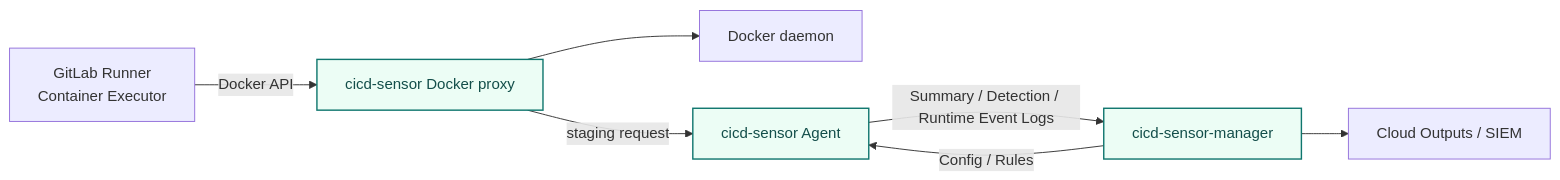
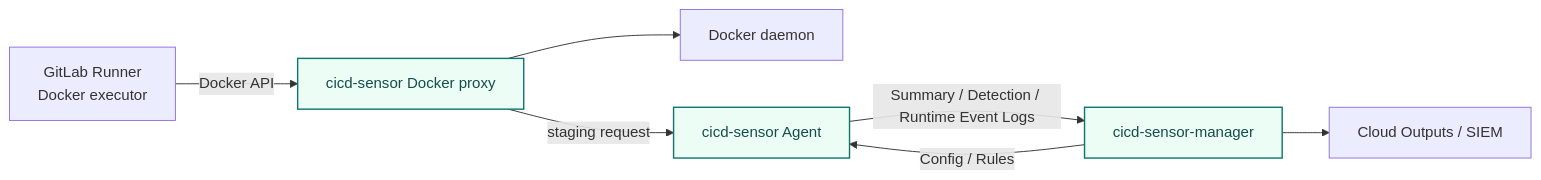
One commit to site0801/cicd-sensor changed the diagram in docs/user-guide/gitlab-ci.md. Above: the diagram before and after it, drawn with Mermaid. The commit also changed other lines of this file and 4 other files, not shown here.

Commit message:
docs: use official GitLab executor names

````diff
--- a/docs/user-guide/gitlab-ci.md
+++ b/docs/user-guide/gitlab-ci.md
@@ -24,19 +24,19 @@
 ```mermaid
 flowchart LR
-    RUNNER["GitLab Runner<br/>Container Executor"]
+    RUNNER["GitLab Runner<br/>Docker executor"]
     PROXY["cicd-sensor Docker proxy"]
     DOCKER["Docker daemon"]
     AGENT["cicd-sensor Agent"]
     MANAGER["cicd-sensor-manager"]
     CLOUD["Cloud Outputs / SIEM"]
 
     RUNNER -->|"Docker API"| PROXY
     PROXY --> DOCKER
     PROXY -->|"staging request"| AGENT
     MANAGER -->|"Config / Rules"| AGENT
     AGENT -->|"Summary / Detection / Runtime Event Logs"| MANAGER
     MANAGER --> CLOUD
 
     classDef cicdSensor fill:#ecfdf5,stroke:#0f766e,color:#134e4a,stroke-width:1.5px;
     class PROXY,AGENT,MANAGER cicdSensor
 ```
````
